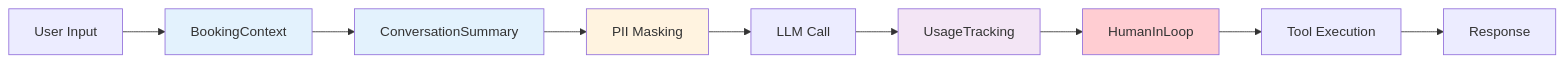
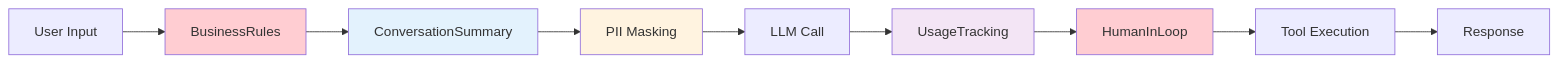
Before and after one commit to eosho/langchain-barber-agent: the first of 2 diagrams in docs/MIDDLEWARE.md, drawn with Mermaid. The commit also changed other lines of this file and 13 other files, not shown here.

````diff
--- a/docs/MIDDLEWARE.md
+++ b/docs/MIDDLEWARE.md
@@ -7,17 +7,17 @@
 ```mermaid
 graph LR
-    USER[User Input] --> BC[BookingContext]
-    BC --> CS[ConversationSummary]
+    USER[User Input] --> BR[BusinessRules]
+    BR --> CS[ConversationSummary]
     CS --> PII[PII Masking]
     PII --> MODEL[LLM Call]
     MODEL --> UT[UsageTracking]
     UT --> HITL[HumanInLoop]
     HITL --> TOOL[Tool Execution]
     TOOL --> RESPONSE[Response]
 
-    style BC fill:#e3f2fd
+    style BR fill:#ffcdd2
     style CS fill:#e3f2fd
     style PII fill:#fff3e0
     style UT fill:#f3e5f5
     style HITL fill:#ffcdd2
 ```
````
